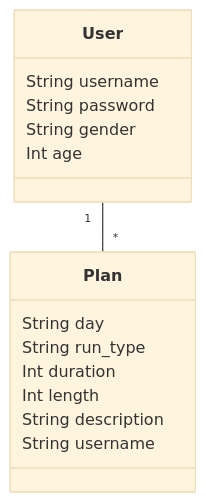
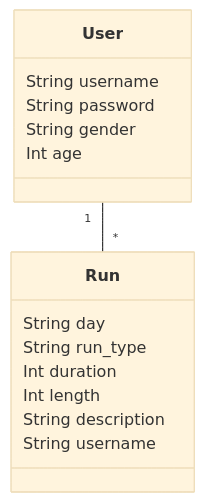
One commit to ah-pasila/ot-running-calendar changed the first of 2 diagrams in dokumentaatio/arkkitehtuuri.md. Above: the diagram before and after it, drawn with Mermaid (base theme).

Commit message:
Dokumentaation viimeistely

````diff
--- a/dokumentaatio/arkkitehtuuri.md
+++ b/dokumentaatio/arkkitehtuuri.md
@@ -19,20 +19,20 @@
 ```mermaid
  classDiagram
-    User "1" -- "*" Plan
+    User "1" -- "*" Run
 
     class User{
         String username
         String password
         String gender
         Int age
     }
 
-    class Plan{
+    class Run{
         String day
         String run_type
         Int duration
         Int length
         String description
         String username
     }
 ```
````
